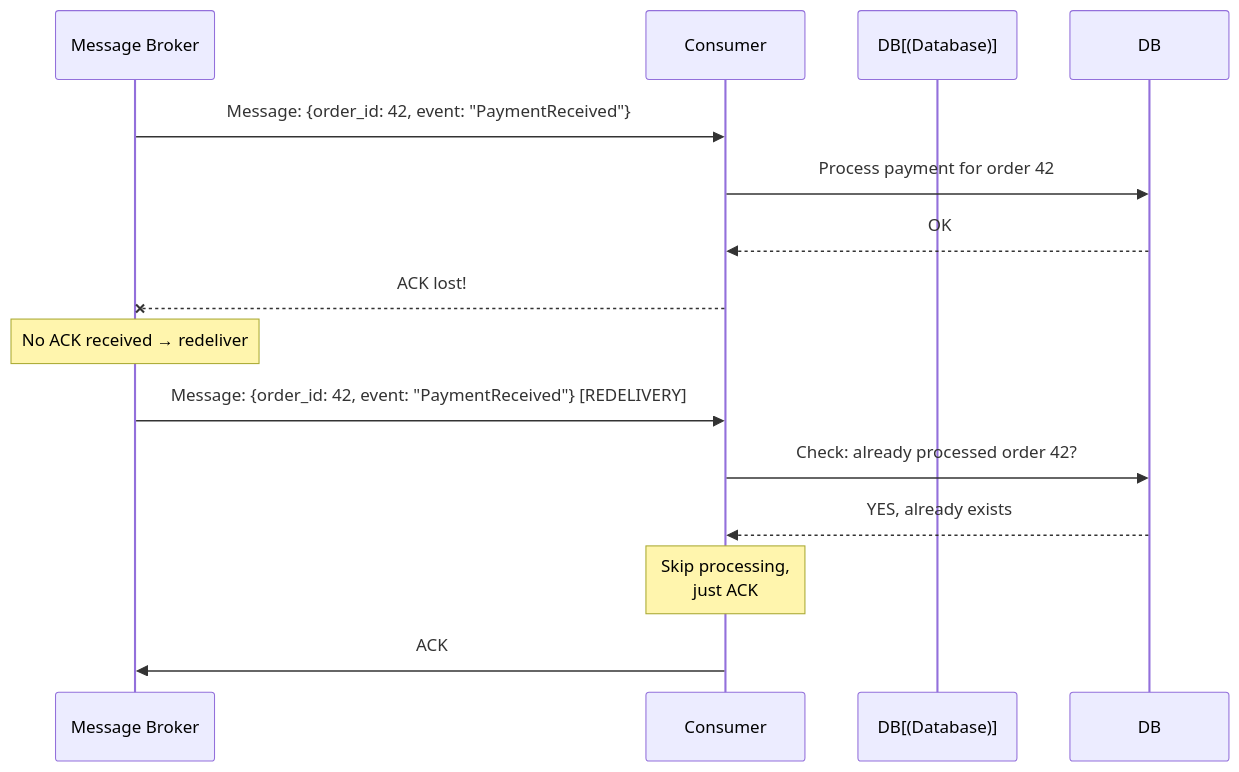
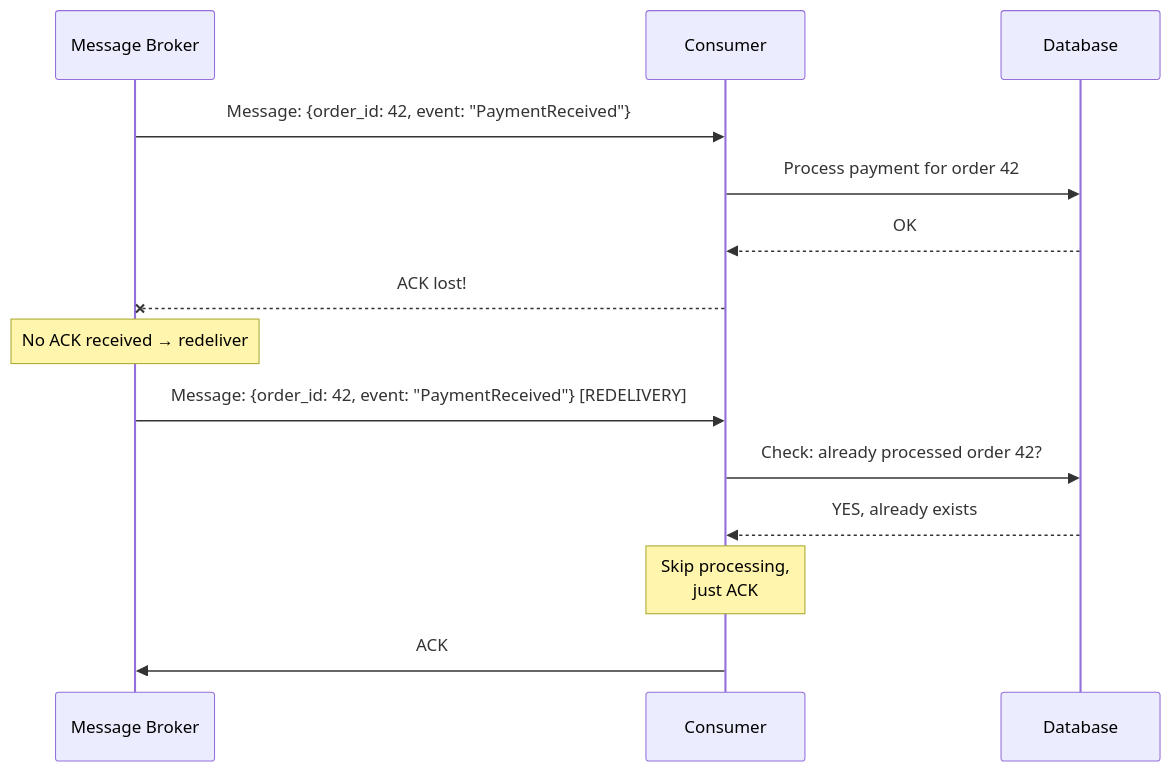
Before and after one commit to bindian0509/system-design: the eighth of 21 diagrams in system-design-interview-guide/core-concepts/idempotency.md, drawn with Mermaid. The commit also changed other lines of this file and 1 other file, not shown here.

````diff
--- a/system-design-interview-guide/core-concepts/idempotency.md
+++ b/system-design-interview-guide/core-concepts/idempotency.md
@@ -228,23 +228,23 @@
 ```mermaid
 sequenceDiagram
     participant Broker as Message Broker
     participant Consumer
-    participant DB[(Database)]
+    participant DB as Database
 
     Broker->>Consumer: Message: {order_id: 42, event: "PaymentReceived"}
     Consumer->>DB: Process payment for order 42
     DB-->>Consumer: OK
 
     Consumer--xBroker: ACK lost!
 
     Note over Broker: No ACK received → redeliver
 
     Broker->>Consumer: Message: {order_id: 42, event: "PaymentReceived"} [REDELIVERY]
 
     Consumer->>DB: Check: already processed order 42?
     DB-->>Consumer: YES, already exists
 
     Note over Consumer: Skip processing,<br/>just ACK
 
     Consumer->>Broker: ACK
 ```
````
